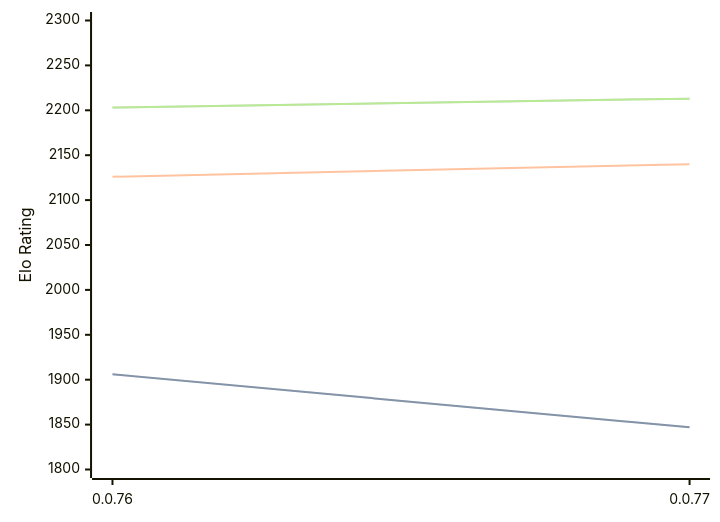
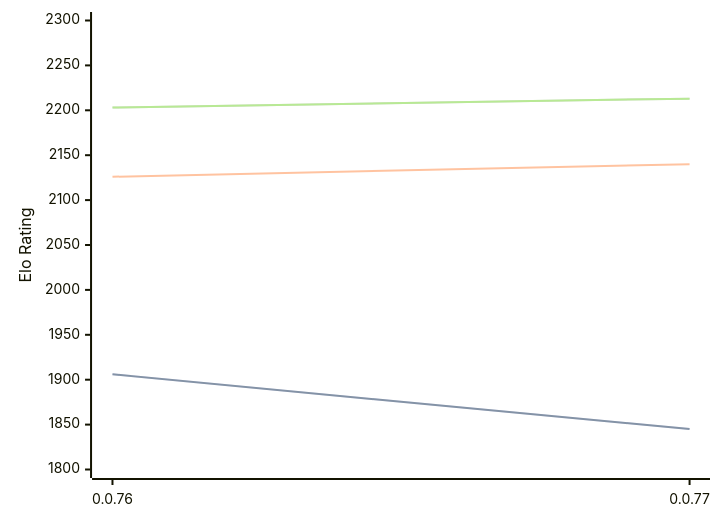
Before and after one commit to computer-chess-index/cci: the first of 3 diagrams in engines/Fktb.md, drawn with Mermaid. The commit also changed other lines of this file, not shown here.

````diff
--- a/engines/Fktb.md
+++ b/engines/Fktb.md
@@ -32,11 +32,11 @@
 ```mermaid
 %%{init: {"theme":"base","themeVariables":{"seriesColors:['#a3a3a3','#222221','#faa371']}}}%%
 xychart-beta
   x-axis ["0.0.76", "0.0.77"]
   y-axis "Elo Rating" 1800 --> 2300
-  line "STC (8.0+0.08s)" [1906, 1847]
-  line "STC (8.0+0.08s)" [1906, 1847]
+  line "STC (8.0+0.08s)" [1906, 1845]
+  line "STC (8.0+0.08s)" [1906, 1845]
   line "LTC (60.0+0.60s)" [2126, 2140]
   line "VLTC (2m24s+1.12s)" [2203, 2213]
   line "VLTC (2m24s+1.12s)" [2203, 2213]
 ```
````
